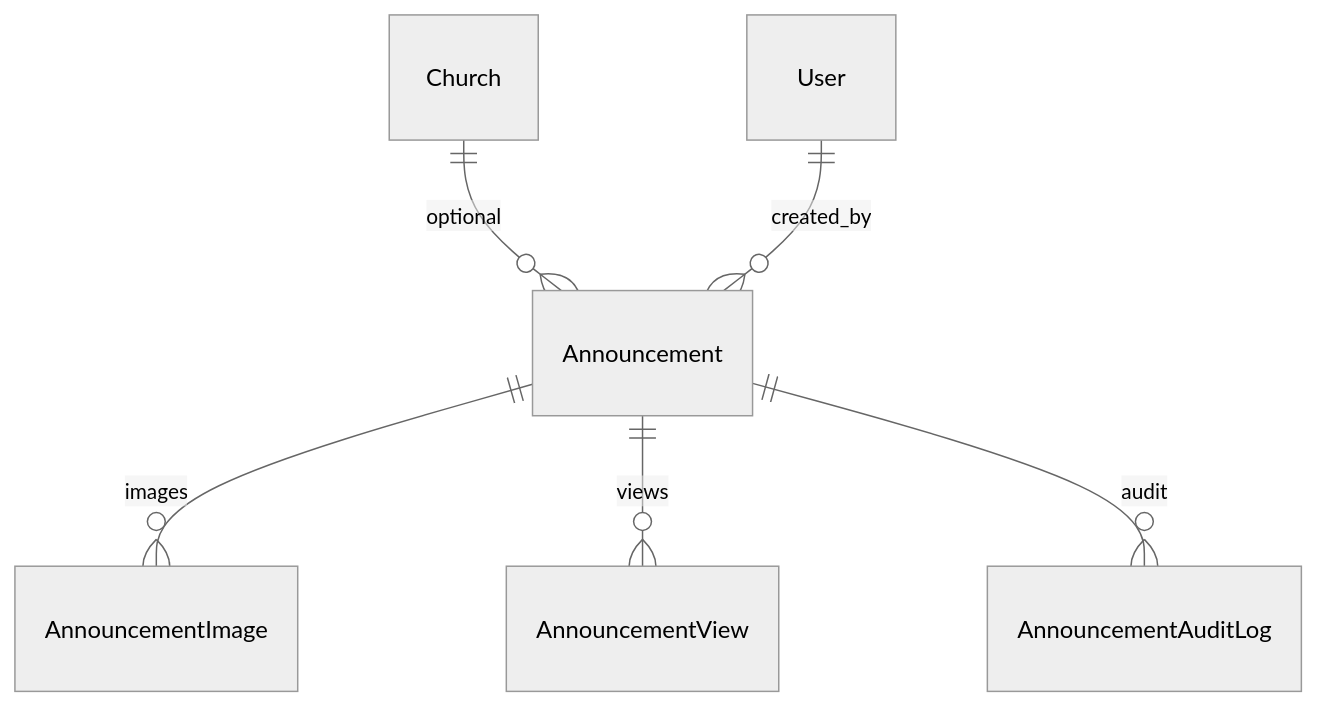
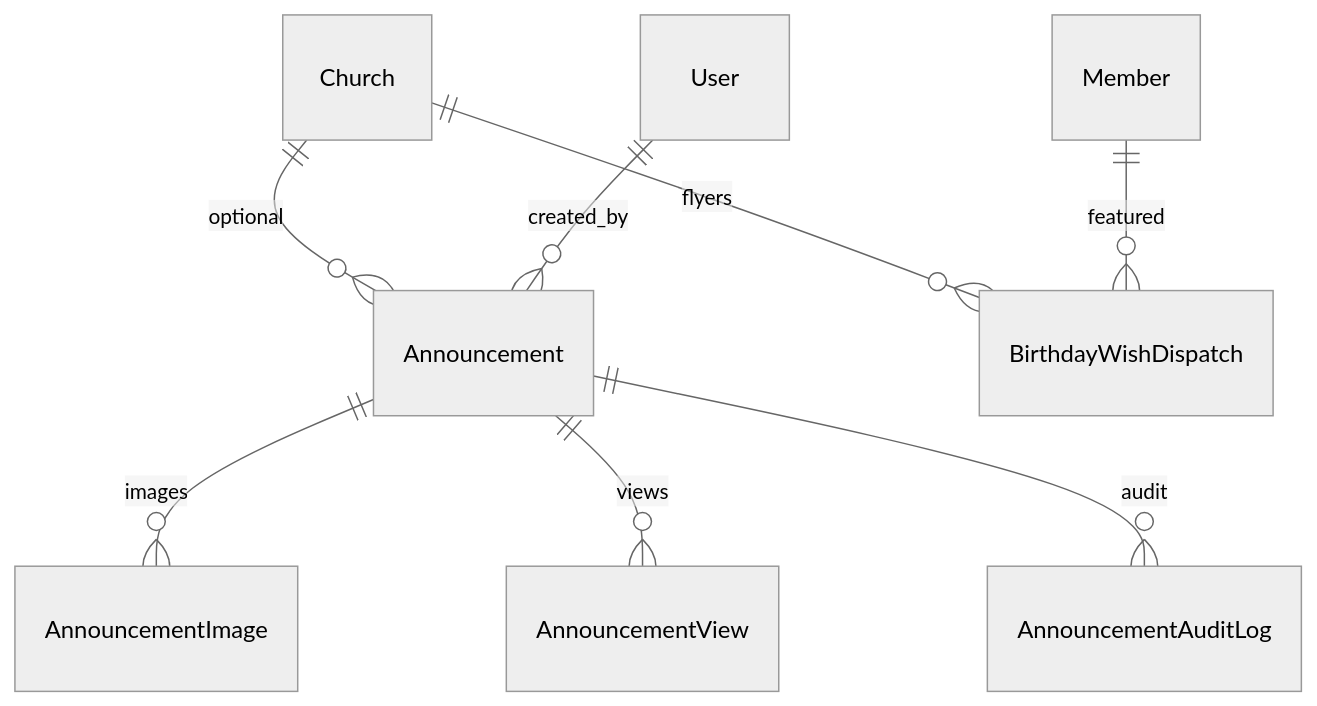
Before and after one commit to abrahamthompson46-alt/churchhub: the first of 2 diagrams in docs/MODULE_SPECIFICATIONS/COMMUNICATIONS/communications_spec.md, drawn with Mermaid (neutral theme). The commit also changed other lines of this file and 27 other files, not shown here.

First line of the commit message:
feat(announcements): add clerk-assisted birthday flyers for WhatsApp groups

````diff
--- a/docs/MODULE_SPECIFICATIONS/COMMUNICATIONS/communications_spec.md
+++ b/docs/MODULE_SPECIFICATIONS/COMMUNICATIONS/communications_spec.md
@@ -34,8 +35,10 @@
 ```mermaid
 erDiagram
   Church ||--o{ Announcement : optional
   Announcement ||--o{ AnnouncementImage : images
   Announcement ||--o{ AnnouncementView : views
   Announcement ||--o{ AnnouncementAuditLog : audit
   User ||--o{ Announcement : created_by
+  Church ||--o{ BirthdayWishDispatch : flyers
+  Member ||--o{ BirthdayWishDispatch : featured
 ```
````
